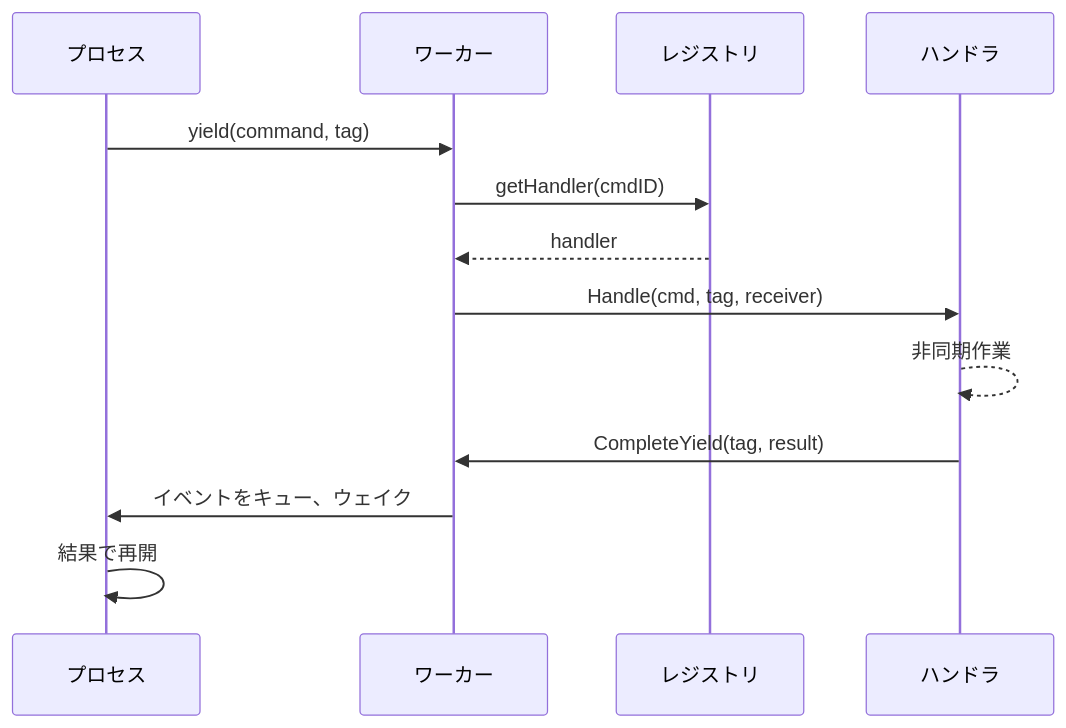
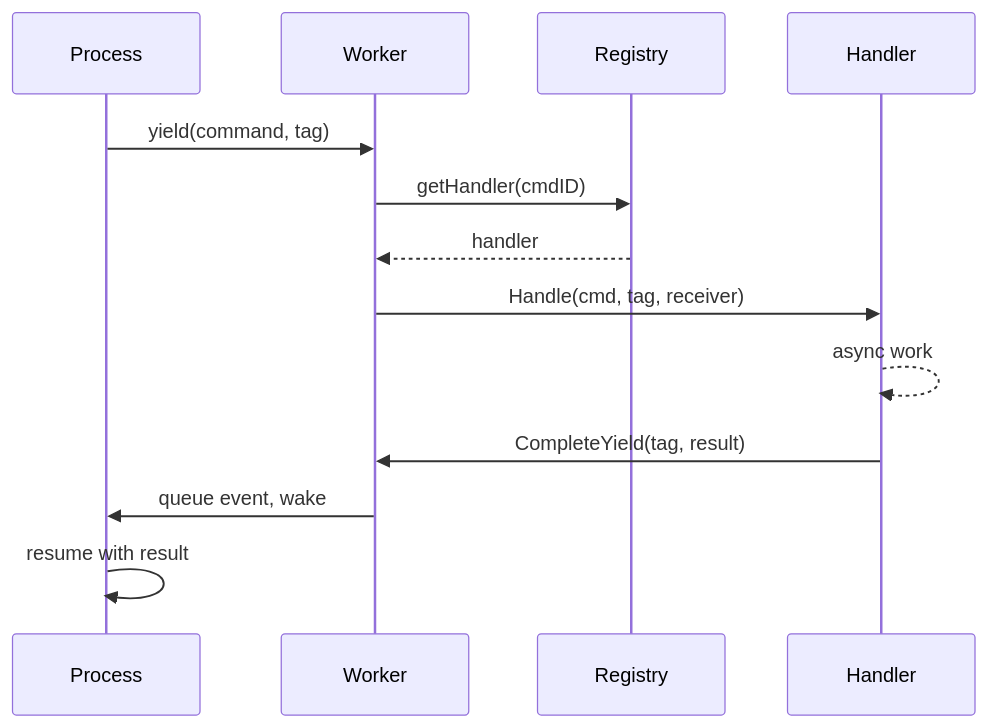
Before and after one commit to wippyai/docs: the diagram in ja/internals/dispatch.md, drawn with Mermaid. The commit also changed other lines of this file and 870 other files, not shown here.

````diff
--- a/ja/internals/dispatch.md
+++ b/ja/internals/dispatch.md
@@ -12,16 +14,16 @@
 ```mermaid
 sequenceDiagram
-    participant P as プロセス
-    participant W as ワーカー
-    participant R as レジストリ
-    participant H as ハンドラ
+    participant P as Process
+    participant W as Worker
+    participant R as Registry
+    participant H as Handler
 
     P->>W: yield(command, tag)
     W->>R: getHandler(cmdID)
     R-->>W: handler
     W->>H: Handle(cmd, tag, receiver)
-    H-->>H: 非同期作業
+    H-->>H: async work
     H->>W: CompleteYield(tag, result)
-    W->>P: イベントをキュー、ウェイク
-    P->>P: 結果で再開
+    W->>P: queue event, wake
+    P->>P: resume with result
 ```
````
